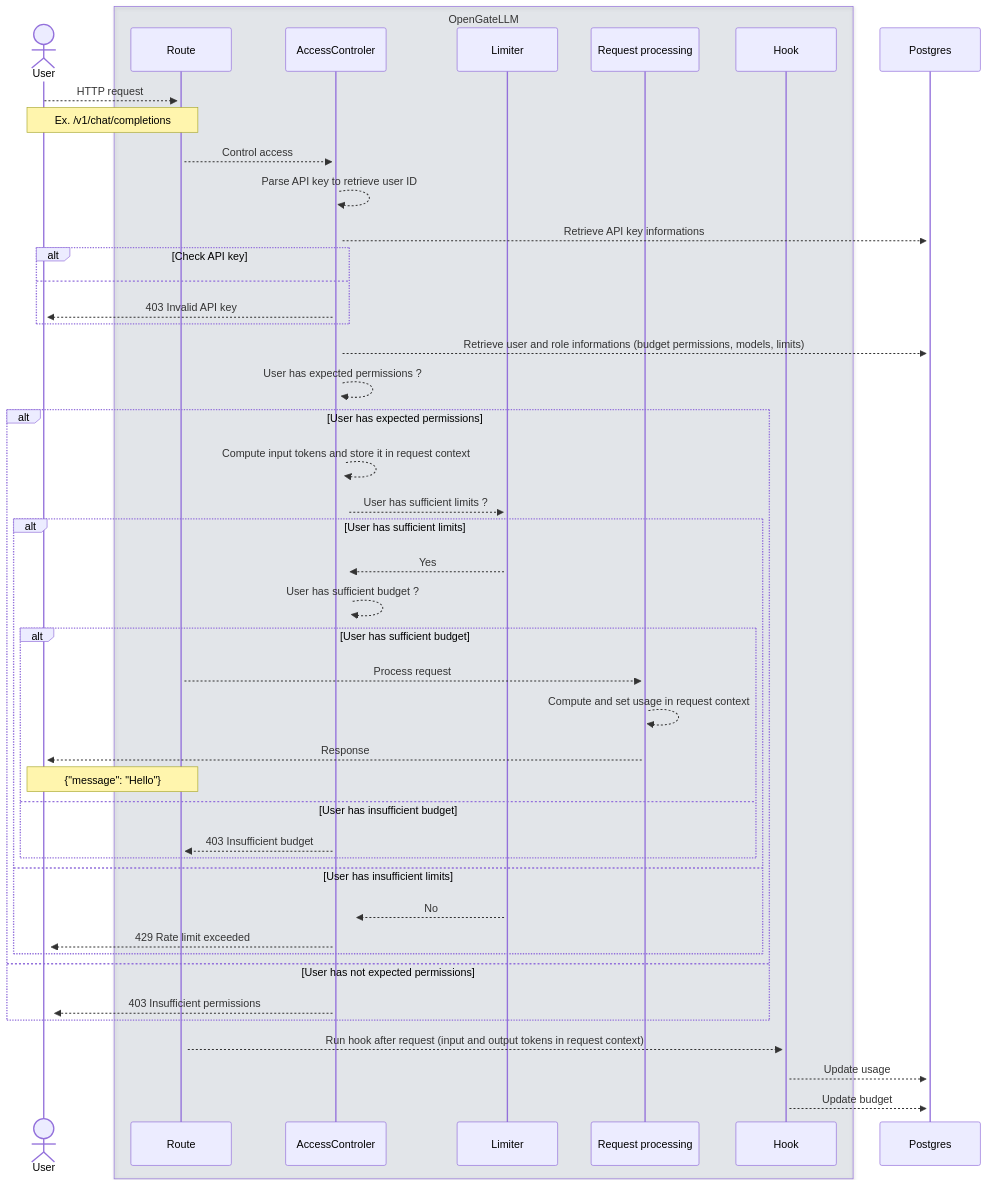
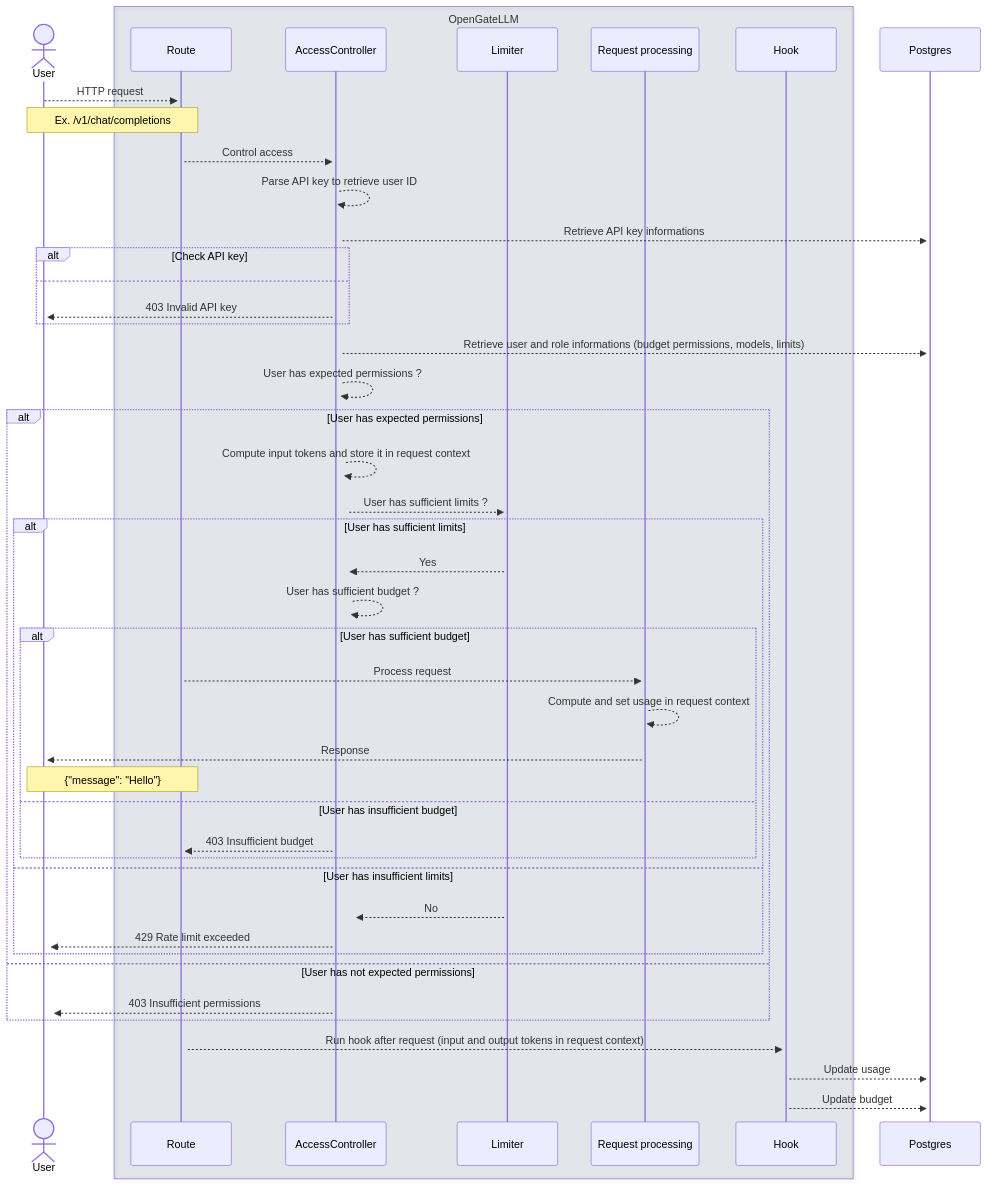
The diagram in docs/docs/functionalities/iam/index.md (etalab-ia/OpenGateLLM), drawn with Mermaid before and after one commit. The commit also changed 128 other files, not shown here.

````diff
--- a/docs/docs/functionalities/iam/index.md
+++ b/docs/docs/functionalities/iam/index.md
@@ -48,55 +48,55 @@
 ```mermaid
 sequenceDiagram
     actor user as User
     box rgba(33,66,99,0.1) OpenGateLLM
     participant route as Route
-	participant access as AccessControler
+	participant access as AccessController
 	participant limiter as Limiter
 	participant process as Request processing
 	participant hook as Hook
     end
     participant postgres as Postgres
     
     user -->>+ route: HTTP request
     Note over user,route: Ex. /v1/chat/completions
     route -->>+ access: Control access
     access -->>+ access: Parse API key to retrieve user ID
     access -->>+ postgres: Retrieve API key informations
     alt Check API key
     else
     access -->>+ user: 403 Invalid API key
     end
 
 	access -->>+ postgres: Retrieve user and role informations (budget permissions, models, limits)
 
     access -->>+ access: User has expected permissions ?
     alt User has expected permissions
 
 	access -->>+ access: Compute input tokens and store it in request context
 	
     access -->>+ limiter: User has sufficient limits ?
 	alt User has sufficient limits
         limiter -->>+ access: Yes
 
         access -->>+ access: User has sufficient budget ?
         alt User has sufficient budget
             route -->>+ process: Process request
             process -->>+ process: Compute and set usage in request context
             process -->>+ user: Response
             Note over user,route: {"message": "Hello"}
         else User has insufficient budget
             access -->>+ route: 403 Insufficient budget
     end
 
 	else User has insufficient limits
 	    limiter -->>+ access: No
 	    access -->>+ user: 429 Rate limit exceeded
 	end
     else  User has not expected permissions
         access -->>+ user: 403 Insufficient permissions
     end
 	
     route -->>+ hook: Run hook after request (input and output tokens in request context)
 	hook -->>+ postgres: Update usage
 	hook -->>+ postgres: Update budget 
 ```
````
